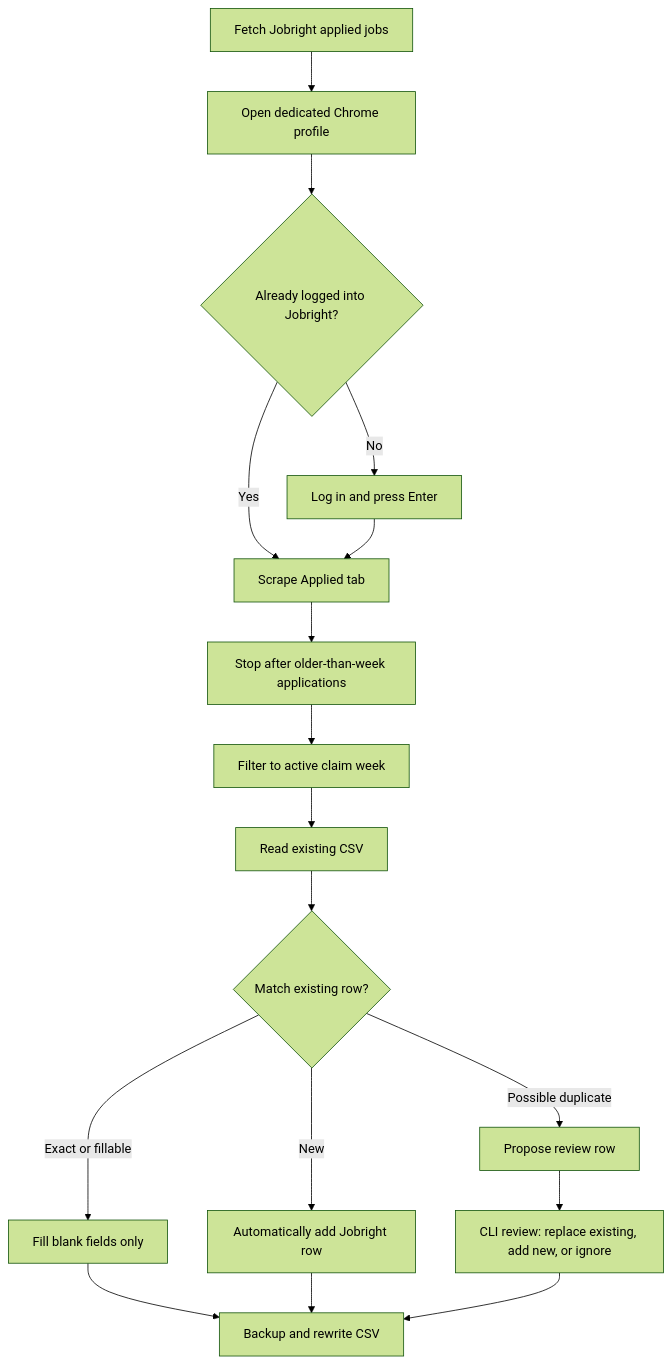
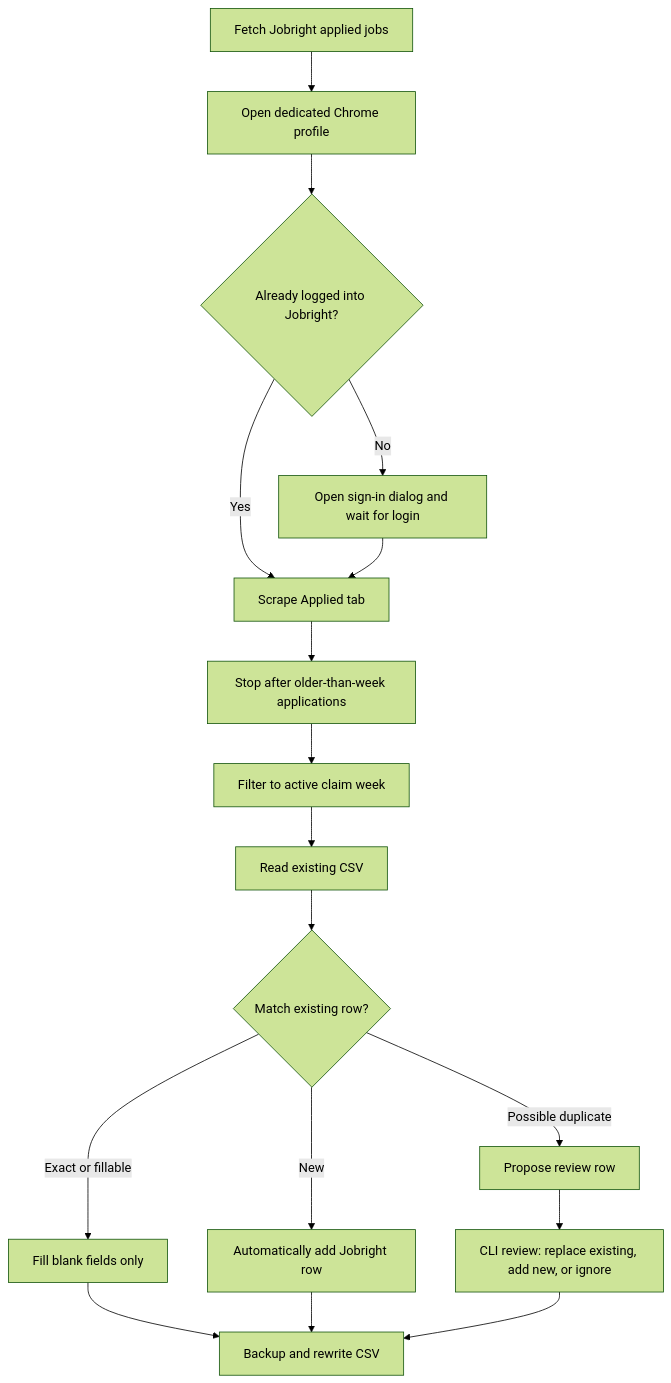
The third of 5 diagrams in README.md (idahotallpaul/work-search-reporter), drawn with Mermaid (forest theme) before and after one commit. The commit also changed other lines of this file and 1 other file, not shown here.

Commit message:
Detect a signed-out Jobright session and open sign-in before scraping applied jobs.

````diff
--- a/README.md
+++ b/README.md
@@ -188,19 +188,19 @@
 ```mermaid
 flowchart TD
   A["Fetch Jobright applied jobs"] --> B["Open dedicated Chrome profile"]
   B --> C{"Already logged into Jobright?"}
-  C -->|No| D["Log in and press Enter"]
+  C -->|No| D["Open sign-in dialog and wait for login"]
   C -->|Yes| E["Scrape Applied tab"]
   D --> E
   E --> N["Stop after older-than-week applications"]
   N --> F["Filter to active claim week"]
   F --> G["Read existing CSV"]
   G --> H{"Match existing row?"}
   H -->|Exact or fillable| I["Fill blank fields only"]
   H -->|Possible duplicate| J["Propose review row"]
   H -->|New| K["Automatically add Jobright row"]
   J --> M["CLI review: replace existing, add new, or ignore"]
   I --> L["Backup and rewrite CSV"]
   K --> L
   M --> L
 ```
````
